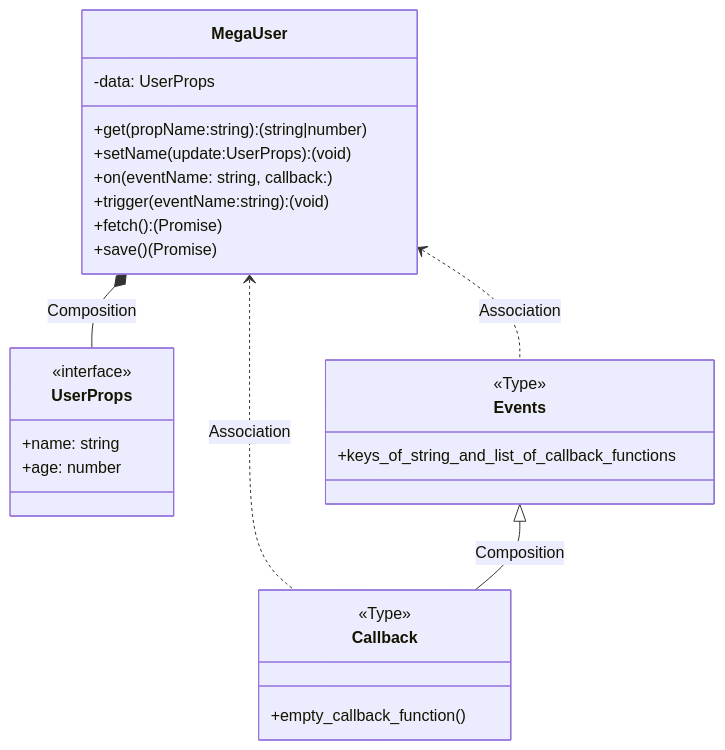
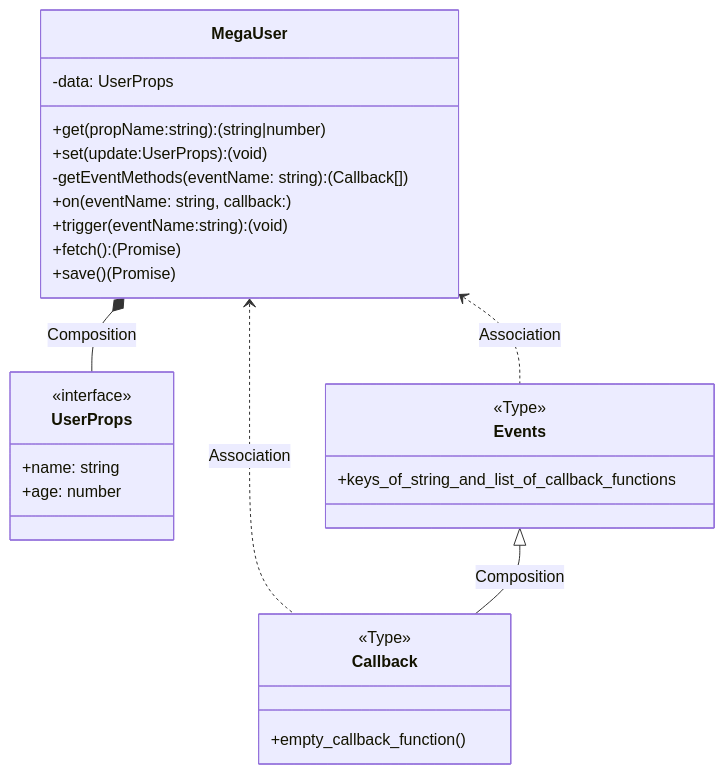
The first of 2 diagrams in README.md (frzhen/typescript-web-framework), drawn with Mermaid before and after one commit. The commit also changed other lines of this file and 3 other files, not shown here.

````diff
--- a/README.md
+++ b/README.md
@@ -70,29 +70,30 @@
 ```mermaid
    classDiagram
    class MegaUser {
    -data: UserProps
    +get(propName:string):(string|number)
-   +setName(update:UserProps):(void)
+   +set(update:UserProps):(void)
+   -getEventMethods(eventName: string): (Callback[])
    +on(eventName: string, callback:)
    +trigger(eventName:string):(void)
    +fetch():(Promise)
    +save()(Promise)
    }
    class UserProps {
    <<interface>>
    +name: string
    +age: number
    }
    MegaUser *-- UserProps: Composition
    class Callback {
    <<Type>>
    +empty_callback_function()
    }
    MegaUser <.. Callback: Association
    class Events {
    <<Type>>
    +keys_of_string_and_list_of_callback_functions
    }
    Events <|-- Callback: Composition
    MegaUser <.. Events: Association
 ```
````
